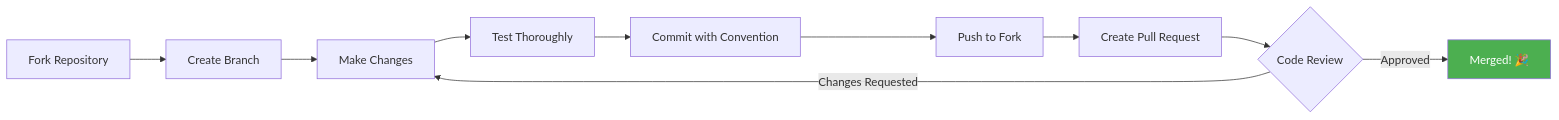
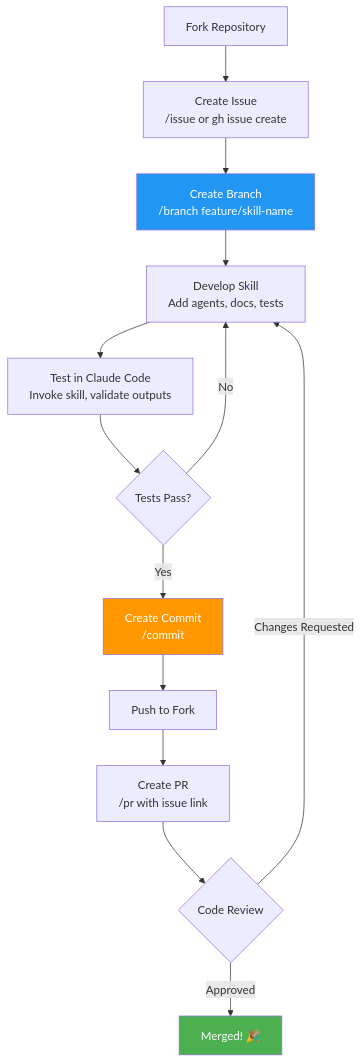
The fourth of 5 diagrams in README.md (l0h1nth/communitytools), drawn with Mermaid before and after one commit. The commit also changed other lines of this file and 7 other files, not shown here.

````diff
--- a/README.md
+++ b/README.md
@@ -479,14 +718,19 @@
 ```mermaid
-graph LR
-    A[Fork Repository] --> B[Create Branch]
-    B --> C[Make Changes]
-    C --> D[Test Thoroughly]
-    D --> E[Commit with Convention]
-    E --> F[Push to Fork]
-    F --> G[Create Pull Request]
-    G --> H{Code Review}
-    H -->|Approved| I[Merged! 🎉]
-    H -->|Changes Requested| C
-    
-    style I fill:#4CAF50,color:#fff
+flowchart TD
+    A[Fork Repository] --> B[Create Issue<br/>/issue or gh issue create]
+    B --> C[Create Branch<br/>/branch feature/skill-name]
+    C --> D[Develop Skill<br/>Add agents, docs, tests]
+    D --> E[Test in Claude Code<br/>Invoke skill, validate outputs]
+    E --> F{Tests Pass?}
+    F -->|No| D
+    F -->|Yes| G[Create Commit<br/>/commit]
+    G --> H[Push to Fork]
+    H --> I[Create PR<br/>/pr with issue link]
+    I --> J{Code Review}
+    J -->|Changes Requested| D
+    J -->|Approved| K[Merged! 🎉]
+
+    style K fill:#4CAF50,color:#fff
+    style C fill:#2196F3,color:#fff
+    style G fill:#FF9800,color:#fff
 ```
````
